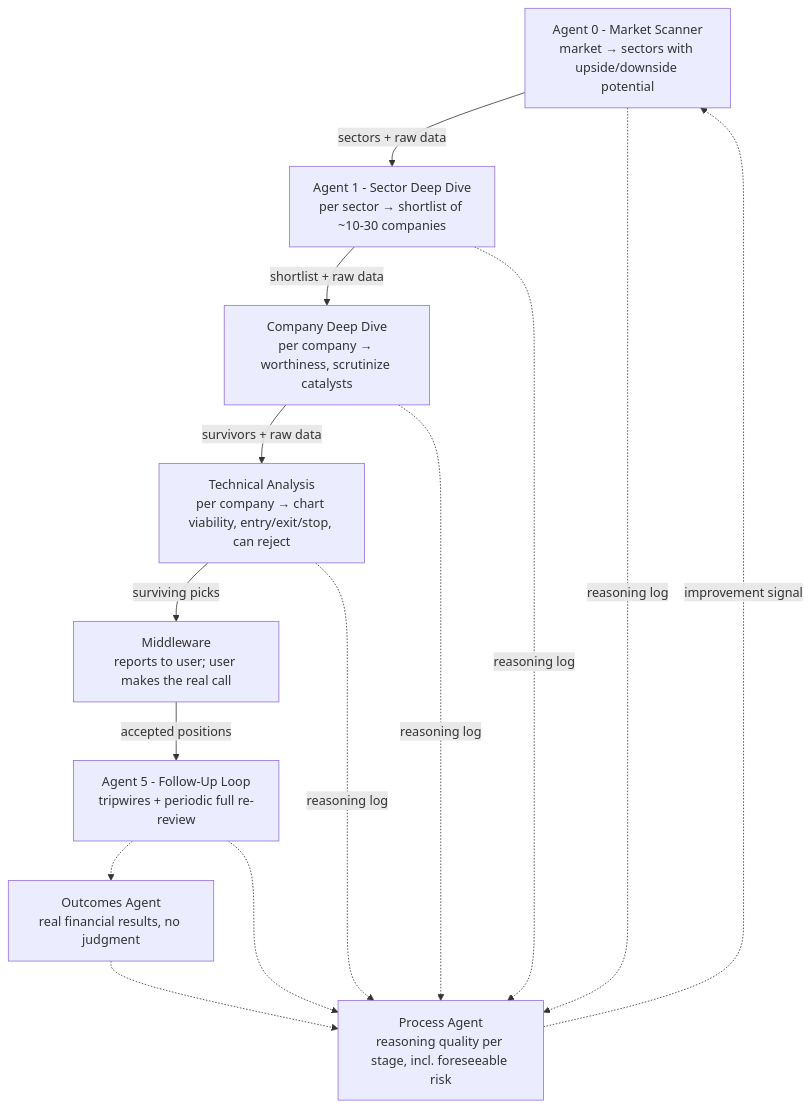
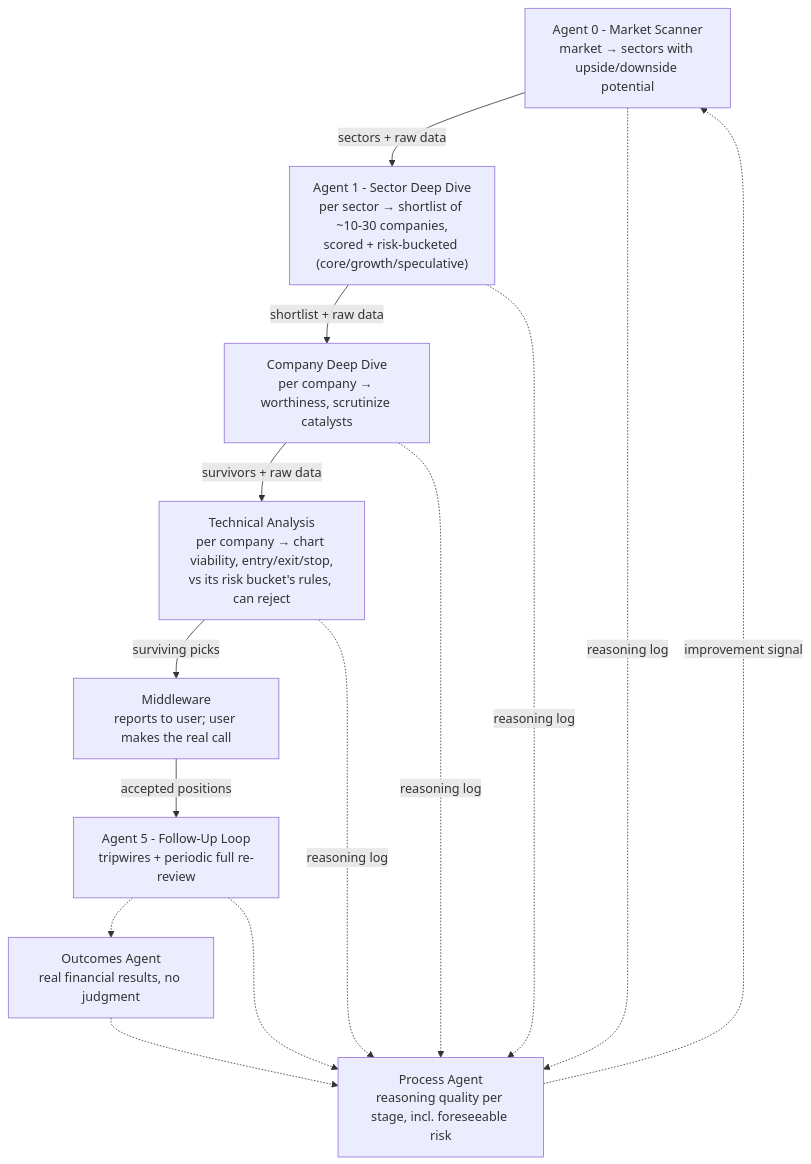
One commit to ashakir11-dev/trading-platform changed the diagram in docs/ARCHITECTURE.md. Above: the diagram before and after it, drawn with Mermaid. The commit also changed 1 other file, not shown here.

Commit message:
Update architecture and sequence diagrams for risk buckets
Reflect the risk_bucket addition (core/growth/speculative) in the pipeline
flowchart (ARCHITECTURE.md §1) and the run/follow-up sequence diagrams:
Agent 1 now scores and buckets each passer, the bucket carries through
company deep dive and technical analysis unchanged, and technical analysis
(live and in follow-up's full re-review) checks its plan against the
candidate's bucket's limits instead of one global profile.

Claude-Session: https://claude.ai/code/session_01JVqTEKmbTaCdnFKhUVDjR7

````diff
--- a/docs/ARCHITECTURE.md
+++ b/docs/ARCHITECTURE.md
@@ -23,22 +23,22 @@
 ```mermaid
 flowchart TD
     A0["Agent 0 - Market Scanner<br/>market → sectors with upside/downside potential"]
-    A1["Agent 1 - Sector Deep Dive<br/>per sector → shortlist of ~10-30 companies"]
+    A1["Agent 1 - Sector Deep Dive<br/>per sector → shortlist of ~10-30 companies,<br/>scored + risk-bucketed (core/growth/speculative)"]
     A2["Company Deep Dive<br/>per company → worthiness, scrutinize catalysts"]
-    A3["Technical Analysis<br/>per company → chart viability, entry/exit/stop, can reject"]
+    A3["Technical Analysis<br/>per company → chart viability, entry/exit/stop,<br/>vs its risk bucket's rules, can reject"]
     MW["Middleware<br/>reports to user; user makes the real call"]
     A5["Agent 5 - Follow-Up Loop<br/>tripwires + periodic full re-review"]
     OUT["Outcomes Agent<br/>real financial results, no judgment"]
     PROC["Process Agent<br/>reasoning quality per stage, incl. foreseeable risk"]
 
     A0 -->|sectors + raw data| A1
     A1 -->|shortlist + raw data| A2
     A2 -->|survivors + raw data| A3
     A3 -->|surviving picks| MW
     MW -->|accepted positions| A5
     A5 -.-> OUT
     A5 -.-> PROC
     A0 & A1 & A2 & A3 -.reasoning log.-> PROC
     OUT -.-> PROC
     PROC -.improvement signal.-> A0
 ```
````
